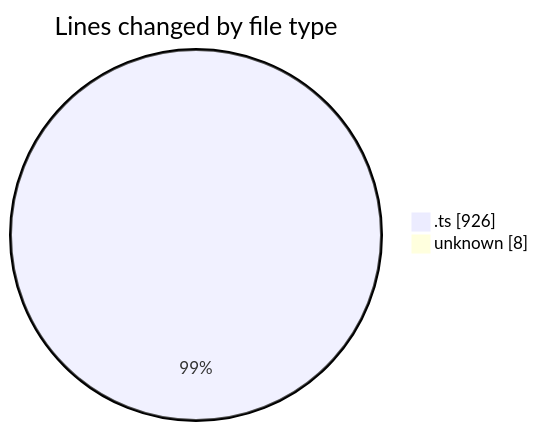
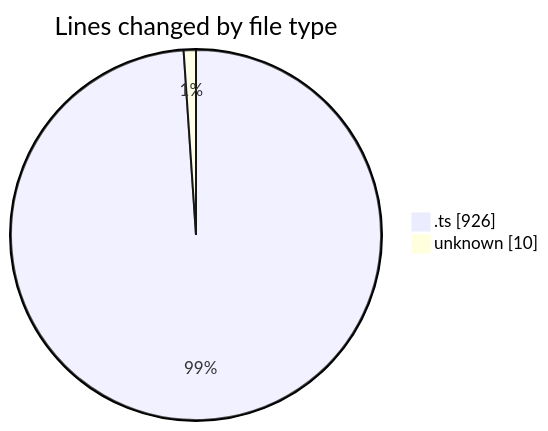
The first of 2 diagrams in 2025-10-01/oura-api/README.md (mevix1/code-tracking), drawn with Mermaid before and after one commit. The commit also changed other lines of this file and 1 other file, not shown here.

````diff
--- a/2025-10-01/oura-api/README.md
+++ b/2025-10-01/oura-api/README.md
@@ -23,6 +23,6 @@
 ```mermaid
 pie showData
 title Lines changed by file type
 ".ts" : 926
-"unknown" : 8
+"unknown" : 10
 ```
````
